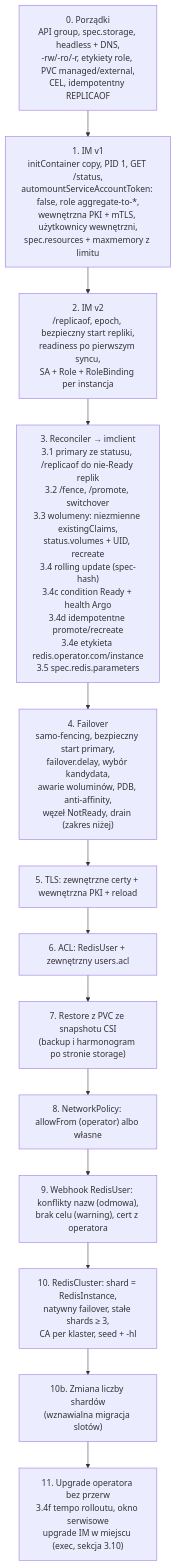
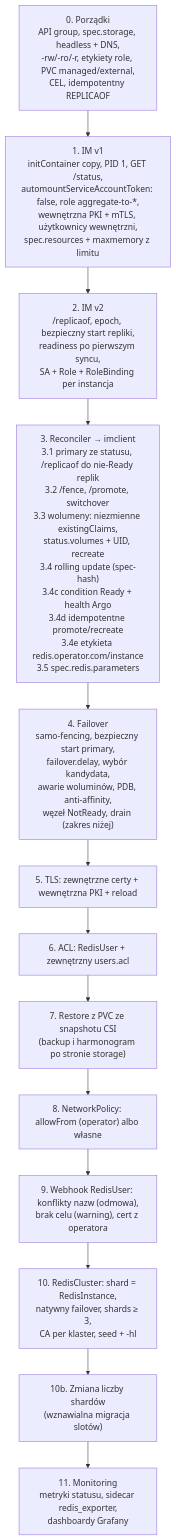
Before and after one commit to MrPickle311/redis-operator: the seventh of 7 diagrams in redis-operator-master-plan.md, drawn with Mermaid. The commit also changed other lines of this file and 30 other files, not shown here.

````diff
--- a/redis-operator-master-plan.md
+++ b/redis-operator-master-plan.md
@@ -973,17 +948,17 @@
 ```mermaid
 graph TD
     S0["0. Porządki<br/>API group, spec.storage, headless + DNS,<br/>-rw/-ro/-r, etykiety role, PVC managed/external,<br/>CEL, idempotentny REPLICAOF"]
     S1["1. IM v1<br/>initContainer copy, PID 1, GET /status,<br/>automountServiceAccountToken: false, role aggregate-to-*,<br/>wewnętrzna PKI + mTLS, użytkownicy wewnętrzni,<br/>spec.resources + maxmemory z limitu"]
     S2["2. IM v2<br/>/replicaof, epoch, bezpieczny start repliki,<br/>readiness po pierwszym syncu,<br/>SA + Role + RoleBinding per instancja"]
     S3["3. Reconciler → imclient<br/>3.1 primary ze statusu, /replicaof do nie-Ready replik<br/>3.2 /fence, /promote, switchover<br/>3.3 wolumeny: niezmienne existingClaims,<br/>status.volumes + UID, recreate<br/>3.4 rolling update (spec-hash)<br/>3.4c condition Ready + health Argo<br/>3.4d idempotentne promote/recreate<br/>3.4e etykieta redis.operator.com/instance<br/>3.5 spec.redis.parameters"]
     S4["4. Failover<br/>samo-fencing, bezpieczny start primary,<br/>failover.delay, wybór kandydata,<br/>awarie woluminów, PDB, anti-affinity,<br/>węzeł NotReady, drain (zakres niżej)"]
     S5["5. TLS: zewnętrzne certy + wewnętrzna PKI + reload"]
     S6["6. ACL: RedisUser + zewnętrzny users.acl"]
     S7["7. Restore z PVC ze snapshotu CSI<br/>(backup i harmonogram po stronie storage)"]
     S8["8. NetworkPolicy: allowFrom (operator) albo własne"]
     S9["9. Webhook RedisUser: konflikty nazw (odmowa),<br/>brak celu (warning), cert z operatora"]
-    S10["10. RedisCluster: shard = RedisInstance,<br/>natywny failover, stałe shards ≥ 3,<br/>CA per klaster, seed + -hl"]
+    S10["10. RedisCluster: shard = RedisInstance,<br/>natywny failover, shards ≥ 3,<br/>CA per klaster, seed + -hl"]
     S10b["10b. Zmiana liczby shardów<br/>(wznawialna migracja slotów)"]
-    S11["11. Upgrade operatora bez przerw<br/>3.4f tempo rolloutu, okno serwisowe<br/>upgrade IM w miejscu (exec, sekcja 3.10)"]
+    S11["11. Monitoring<br/>metryki statusu, sidecar redis_exporter,<br/>dashboardy Grafany"]
     S0 --> S1 --> S2 --> S3 --> S4 --> S5 --> S6 --> S7 --> S8 --> S9 --> S10 --> S10b --> S11
 ```
````
